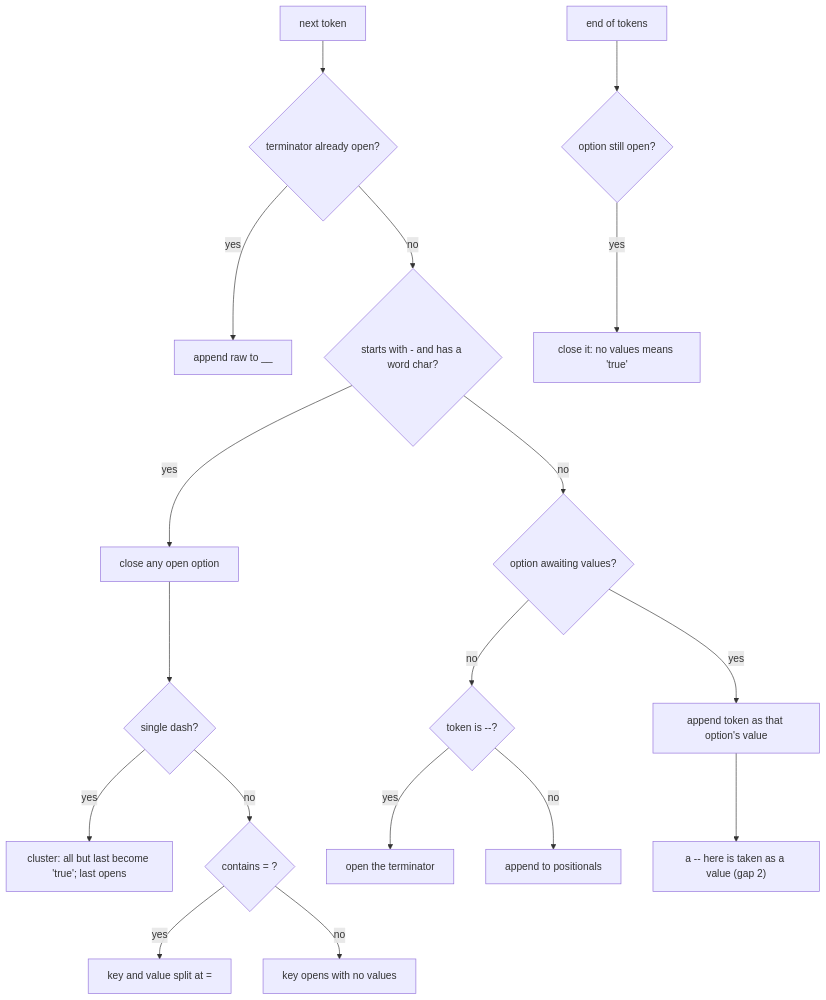
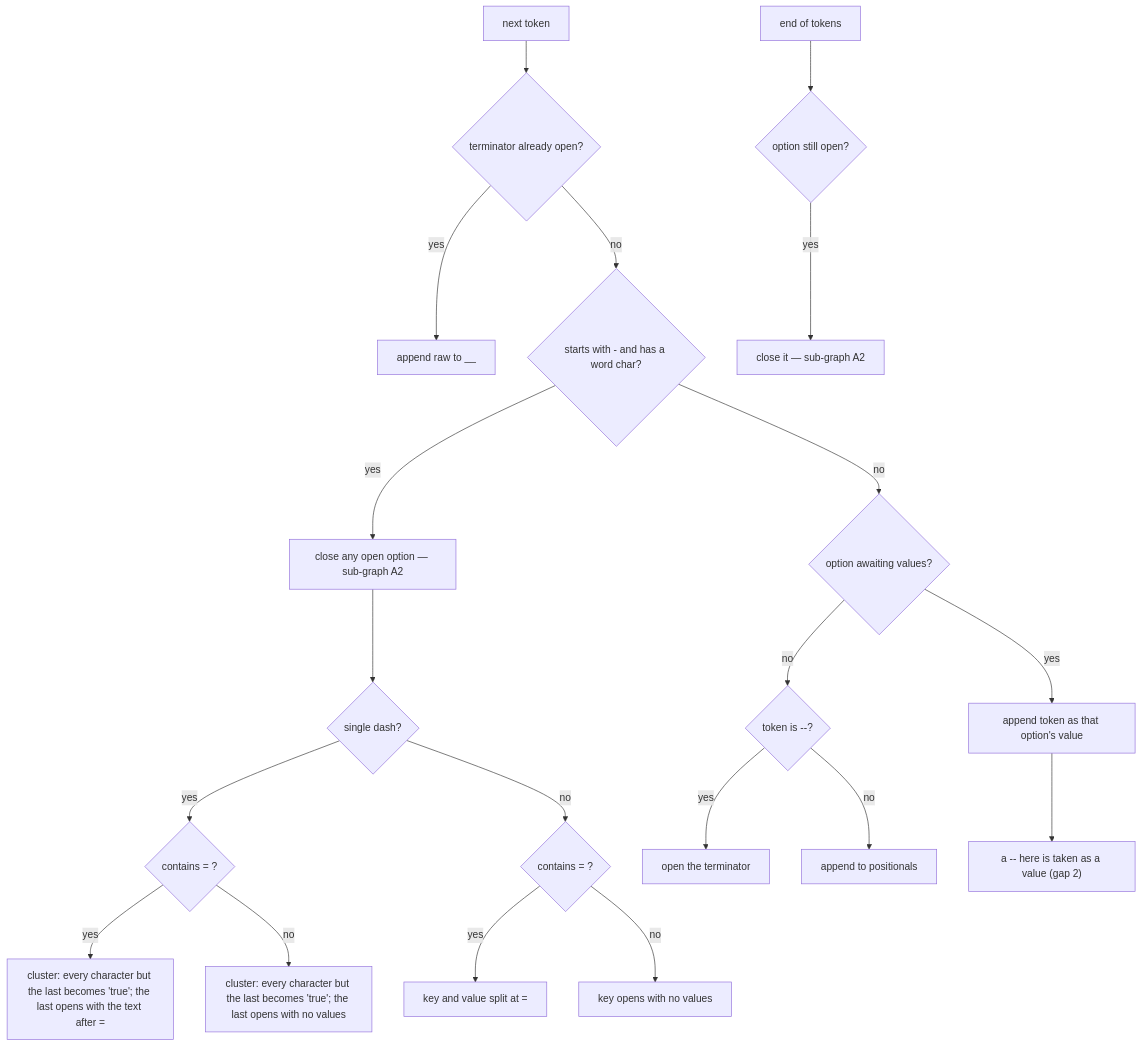
Before and after one commit to clibuilder/clibuilder: the first of 6 diagrams in packages/clibuilder/.agents/spec/input-parsing/README.md, drawn with Mermaid. The commit also changed other lines of this file and 1 other file, not shown here.

````diff
--- a/packages/clibuilder/.agents/spec/input-parsing/README.md
+++ b/packages/clibuilder/.agents/spec/input-parsing/README.md
@@ -145,19 +160,21 @@
 ```mermaid
 graph TD
   T[next token] --> TERM{terminator already open?}
   TERM -- yes --> TR[append raw to __]
   TERM -- no --> OPT{"starts with - and has a word char?"}
-  OPT -- yes --> CLOSE[close any open option] --> DASH{single dash?}
-  DASH -- yes --> SC["cluster: all but last become 'true'; last opens"]
+  OPT -- yes --> CLOSE["close any open option — sub-graph A2"] --> DASH{single dash?}
+  DASH -- yes --> SD{"contains = ?"}
+  SD -- yes --> SCV["cluster: every character but the last becomes 'true'; the last opens with the text after ="]
+  SD -- no --> SC["cluster: every character but the last becomes 'true'; the last opens with no values"]
   DASH -- no --> MC{"contains = ?"}
   MC -- yes --> MCV[key and value split at =]
   MC -- no --> MCO[key opens with no values]
   OPT -- no --> ST{option awaiting values?}
   ST -- yes --> V[append token as that option's value]
   ST -- no --> D{token is --?}
   D -- yes --> OPENT[open the terminator]
   D -- no --> POS[append to positionals]
   V --> ENDD["a -- here is taken as a value (gap 2)"]
   END[end of tokens] --> C2{option still open?}
-  C2 -- yes --> EO["close it: no values means 'true'"]
+  C2 -- yes --> EO["close it — sub-graph A2"]
 ```
````
